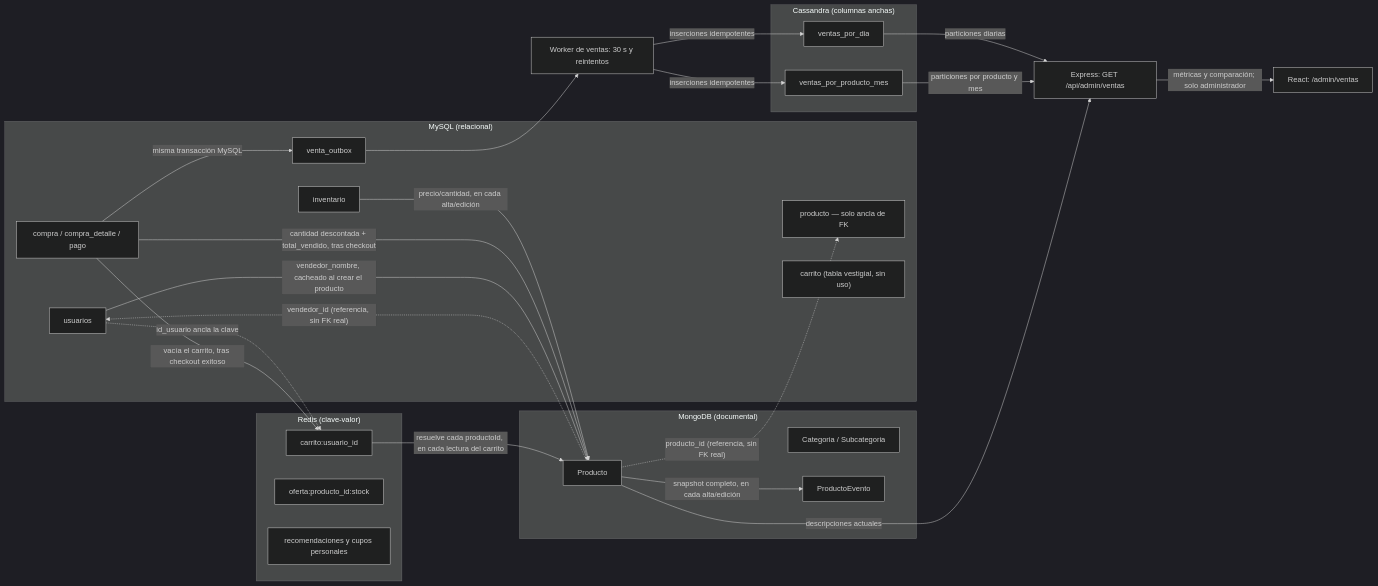
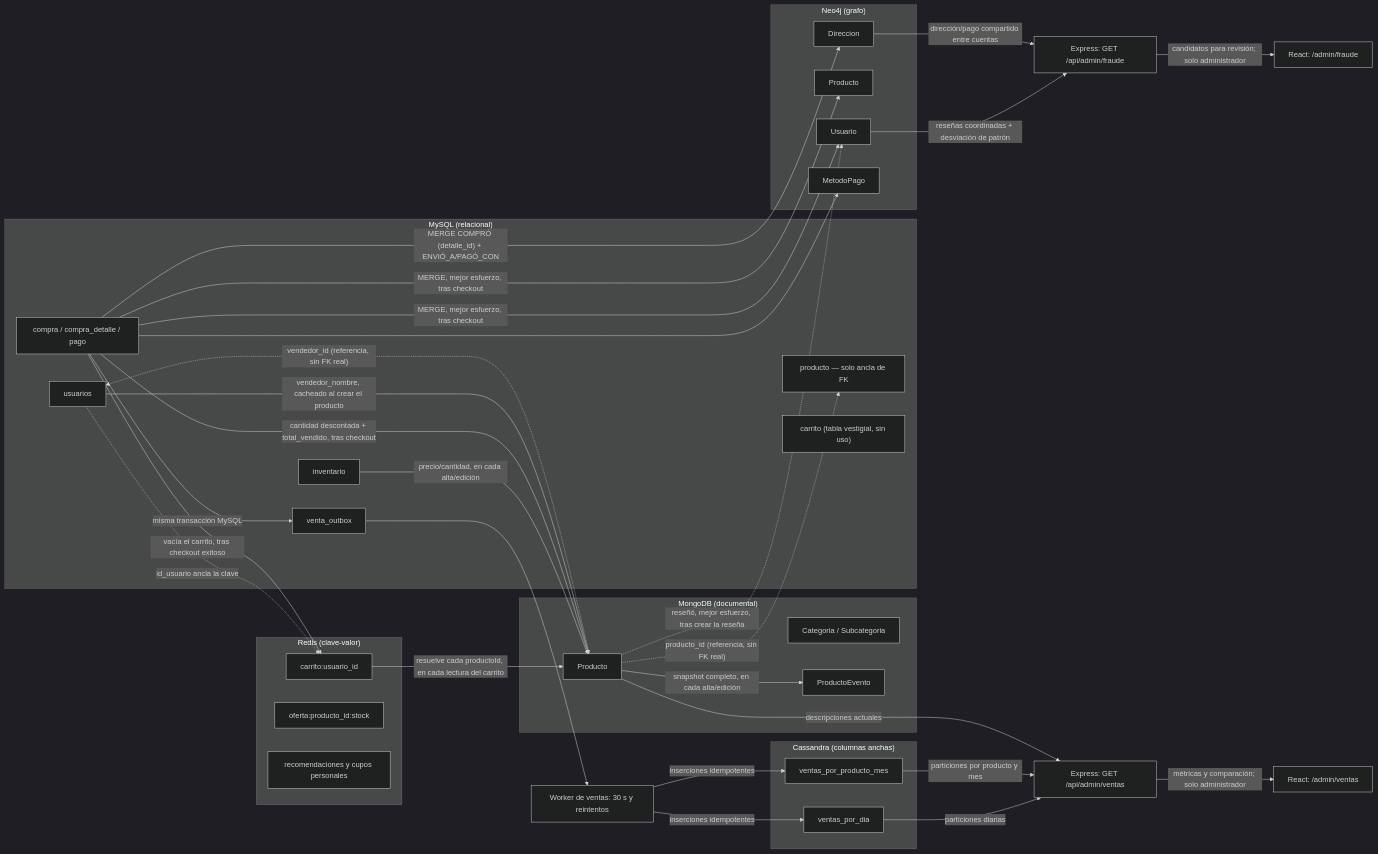
The first of 2 diagrams in IA/ERD-ARQUITECTURA-POLIGLOTA.md (VidStal12/Base_de_Datos_2_P), drawn with Mermaid (dark theme) before and after one commit. The commit also changed other lines of this file and 2 other files, not shown here.

````diff
--- a/IA/ERD-ARQUITECTURA-POLIGLOTA.md
+++ b/IA/ERD-ARQUITECTURA-POLIGLOTA.md
@@ -22,51 +23,69 @@
 ```mermaid
 flowchart LR
     subgraph MySQL["MySQL (relacional)"]
         M_usuarios[usuarios]
         M_inventario[inventario]
         M_producto[producto — solo ancla de FK]
         M_compra[compra / compra_detalle / pago]
         M_outbox[venta_outbox]
         M_carrito["carrito (tabla vestigial, sin uso)"]
     end
 
     subgraph Mongo["MongoDB (documental)"]
         MG_producto[Producto]
         MG_cat[Categoria / Subcategoria]
         MG_evento[ProductoEvento]
     end
 
     subgraph Redis["Redis (clave-valor)"]
         R_carrito["carrito:usuario_id"]
         R_oferta["oferta:producto_id:stock"]
         R_recomendacion["recomendaciones y cupos personales"]
     end
 
     subgraph Cassandra["Cassandra (columnas anchas)"]
         C_dia[ventas_por_dia]
         C_producto[ventas_por_producto_mes]
     end
 
+    subgraph Neo4j["Neo4j (grafo)"]
+        N_usuario[Usuario]
+        N_producto[Producto]
+        N_direccion[Direccion]
+        N_pago[MetodoPago]
+    end
+
     W[Worker de ventas: 30 s y reintentos]
     API[Express: GET /api/admin/ventas]
     UI[React: /admin/ventas]
+    API2[Express: GET /api/admin/fraude]
+    UI2[React: /admin/fraude]
 
     M_inventario -- "precio/cantidad, en cada alta/edición" --> MG_producto
     M_compra -- "cantidad descontada + total_vendido, tras checkout" --> MG_producto
     M_usuarios -- "vendedor_nombre, cacheado al crear el producto" --> MG_producto
     MG_producto -. "producto_id (referencia, sin FK real)" .-> M_producto
     MG_producto -. "vendedor_id (referencia, sin FK real)" .-> M_usuarios
     MG_producto -- "snapshot completo, en cada alta/edición" --> MG_evento
 
     M_usuarios -. "id_usuario ancla la clave" .-> R_carrito
     M_compra -- "vacía el carrito, tras checkout exitoso" --> R_carrito
     R_carrito -- "resuelve cada productoId, en cada lectura del carrito" --> MG_producto
     M_compra -- "misma transacción MySQL" --> M_outbox
     M_outbox --> W
     W -- "inserciones idempotentes" --> C_dia
     W -- "inserciones idempotentes" --> C_producto
     C_dia -- "particiones diarias" --> API
     C_producto -- "particiones por producto y mes" --> API
     MG_producto -- "descripciones actuales" --> API
     API -- "métricas y comparación; solo administrador" --> UI
+
+    M_compra -- "MERGE, mejor esfuerzo, tras checkout" --> N_usuario
+    M_compra -- "MERGE, mejor esfuerzo, tras checkout" --> N_producto
+    M_compra -- "MERGE COMPRÓ (detalle_id) + ENVIÓ_A/PAGÓ_CON" --> N_direccion
+    M_compra -- " " --> N_pago
+    MG_producto -. "reseñó, mejor esfuerzo, tras crear la reseña" .-> N_usuario
+    N_usuario -- "reseñas coordinadas + desviación de patrón" --> API2
+    N_direccion -- "dirección/pago compartido entre cuentas" --> API2
+    API2 -- "candidatos para revisión; solo administrador" --> UI2
 ```
````
